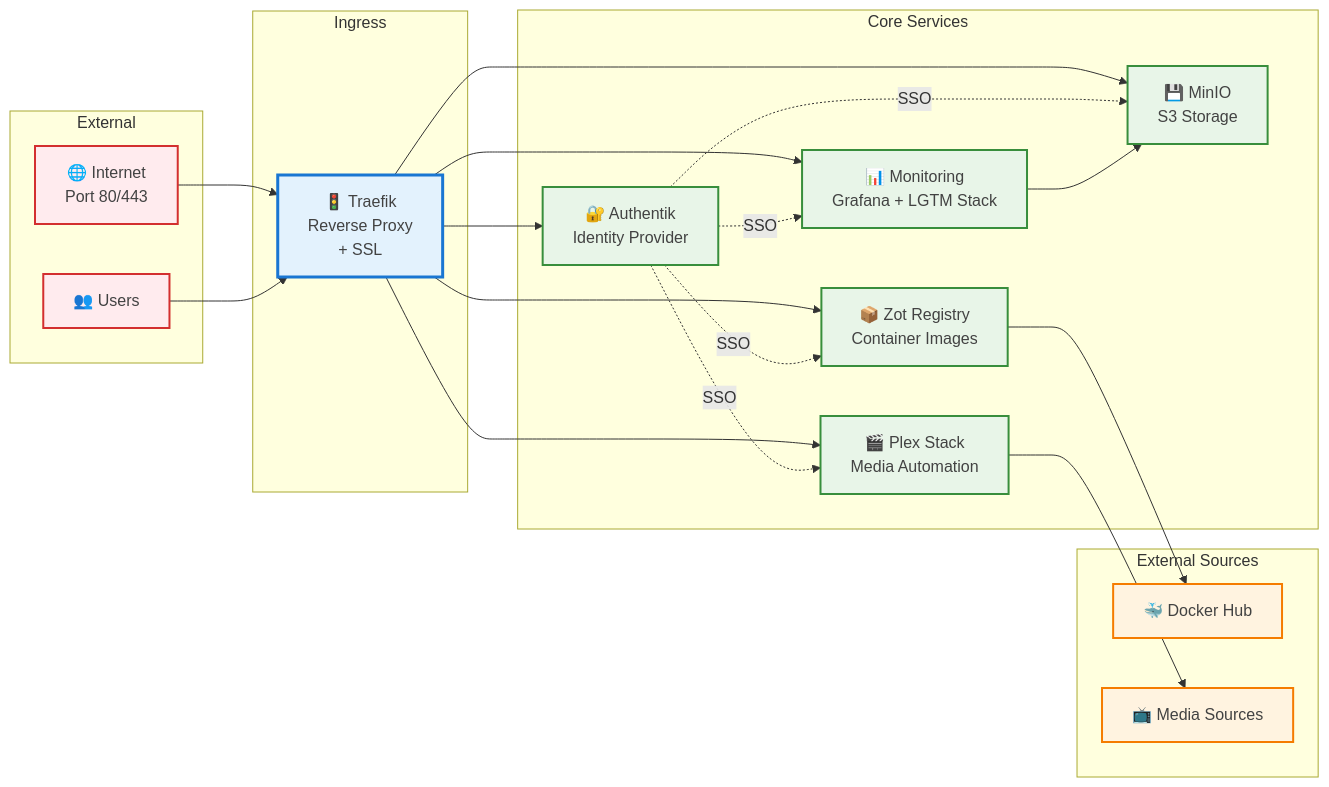
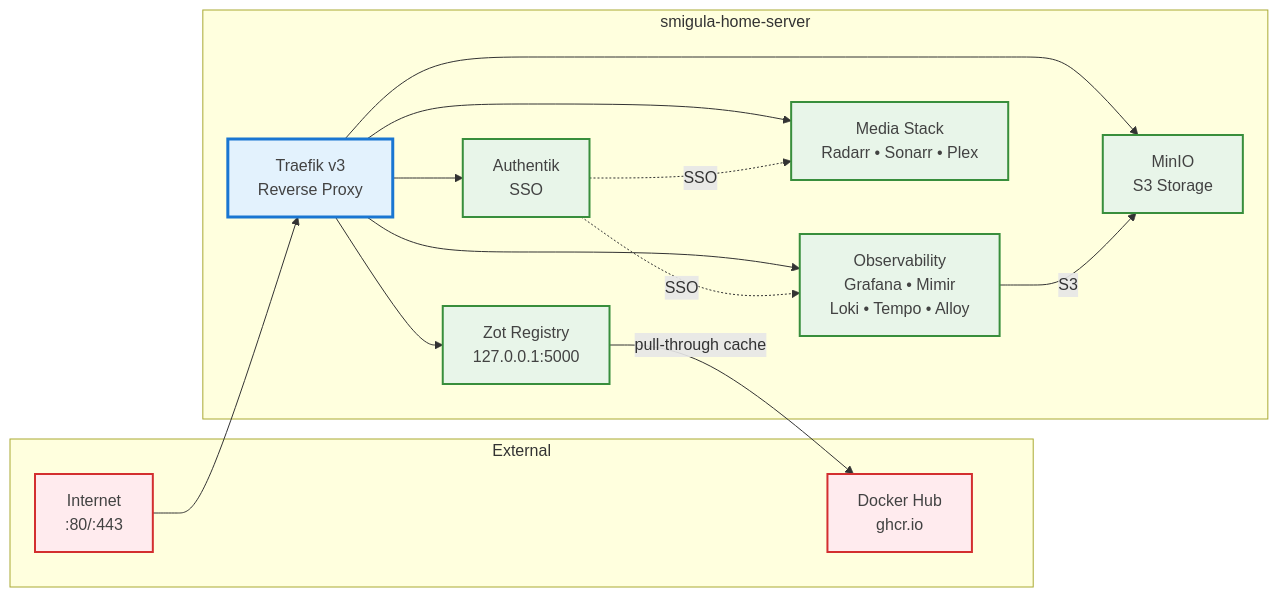
One commit to mkm29/registry changed the first of 2 diagrams in README.md. Above: the diagram before and after it, drawn with Mermaid. The commit also changed other lines of this file and 98 other files, not shown here.

Commit message:
feat: completely refactored stack to use docker compose includes; only use Taskfile (no bash scripts)

````diff
--- a/README.md
+++ b/README.md
@@ -74,57 +22,36 @@
 ```mermaid
 graph LR
-    subgraph "External"
-        Internet[🌐 Internet<br/>Port 80/443]
-        Users[👥 Users]
+    subgraph External
+        Internet["Internet<br/>:80/:443"]
+        Registries["Docker Hub<br/>ghcr.io"]
     end
 
-    subgraph "Ingress"
-        Traefik[🚦 Traefik<br/>Reverse Proxy<br/>+ SSL]
+    subgraph "smigula-home-server"
+        Traefik["Traefik v3<br/>Reverse Proxy"]
+        Auth["Authentik<br/>SSO"]
+        Monitoring["Observability<br/>Grafana &bull; Mimir<br/>Loki &bull; Tempo &bull; Alloy"]
+        Storage["MinIO<br/>S3 Storage"]
+        Media["Media Stack<br/>Radarr &bull; Sonarr &bull; Plex"]
+        Registry["Zot Registry<br/>127.0.0.1:5000"]
     end
 
-    subgraph "Core Services"
-        Auth[🔐 Authentik<br/>Identity Provider]
-        Monitor[📊 Monitoring<br/>Grafana + LGTM Stack]
-        Registry[📦 Zot Registry<br/>Container Images]
-        Storage[💾 MinIO<br/>S3 Storage]
-        Media[🎬 Plex Stack<br/>Media Automation]
-    end
-
-    subgraph "External Sources"
-        DockerHub[🐳 Docker Hub]
-        MediaSources[📺 Media Sources]
-    end
-
-    %% Main flow
     Internet --> Traefik
-    Users --> Traefik
-
-    %% Service routing
     Traefik --> Auth
-    Traefik --> Monitor
-    Traefik --> Registry
+    Traefik --> Monitoring
     Traefik --> Storage
     Traefik --> Media
+    Traefik --> Registry
 
-    %% Authentication flow
-    Auth -.->|SSO| Monitor
-    Auth -.->|SSO| Registry
-    Auth -.->|SSO| Storage
+    Auth -.->|SSO| Monitoring
     Auth -.->|SSO| Media
+    Monitoring -->|S3| Storage
+    Registry -->|pull-through cache| Registries
 
-    %% Data dependencies
-    Monitor --> Storage
-    Registry --> DockerHub
-    Media --> MediaSources
+    classDef external fill:#ffebee,stroke:#d32f2f,stroke-width:2px,color:#424242
+    classDef proxy fill:#e3f2fd,stroke:#1976d2,stroke-width:3px,color:#424242
+    classDef service fill:#e8f5e9,stroke:#388e3c,stroke-width:2px,color:#424242
 
-    %% Styling
-    classDef external fill:#ffebee,stroke:#d32f2f,stroke-width:2px,color:#424242
-    classDef ingress fill:#e3f2fd,stroke:#1976d2,stroke-width:3px,color:#424242
-    classDef core fill:#e8f5e8,stroke:#388e3c,stroke-width:2px,color:#424242
-    classDef sources fill:#fff3e0,stroke:#f57c00,stroke-width:2px,color:#424242
-
-    class Internet,Users external
-    class Traefik ingress
-    class Auth,Monitor,Registry,Storage,Media core
-    class DockerHub,MediaSources sources
+    class Internet,Registries external
+    class Traefik proxy
+    class Auth,Monitoring,Storage,Media,Registry service
 ```
````
